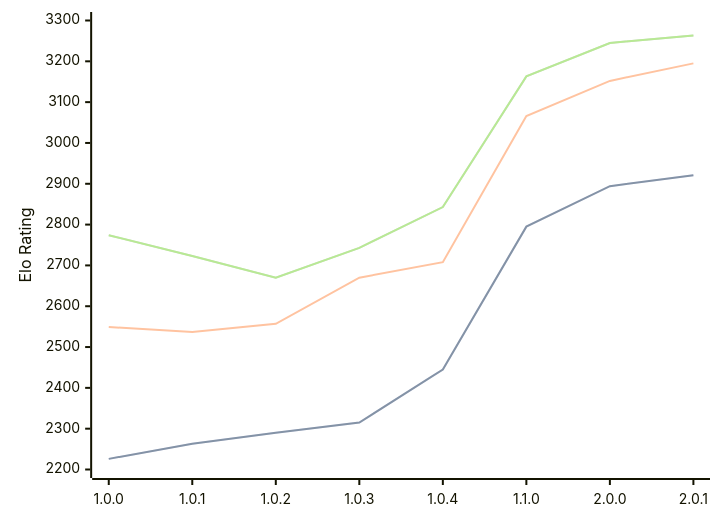
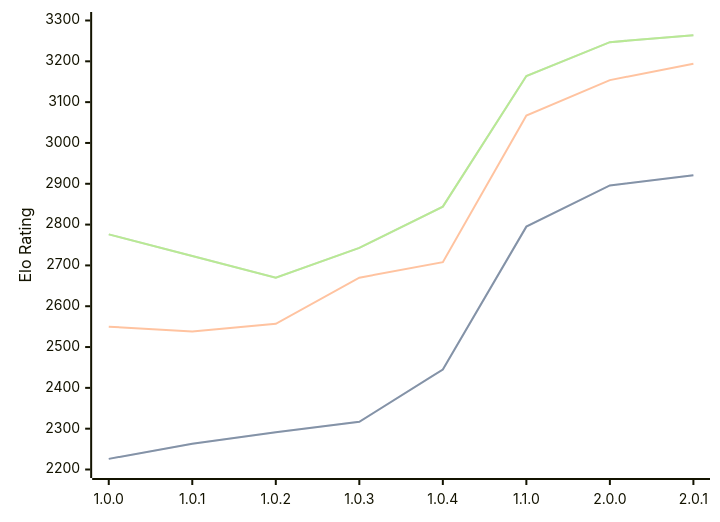
Before and after one commit to computer-chess-index/cci: the first of 3 diagrams in engines/Grail.md, drawn with Mermaid. The commit also changed other lines of this file, not shown here.

Commit message:
Update CCI Ratings (ELO VLTC) - 2026-06-23

````diff
--- a/engines/Grail.md
+++ b/engines/Grail.md
@@ -38,11 +38,11 @@
 ```mermaid
 %%{init: {"theme":"base","themeVariables":{"seriesColors:['#a3a3a3','#222221','#faa371']}}}%%
 xychart-beta
   x-axis ["1.0.0", "1.0.1", "1.0.2", "1.0.3", "1.0.4", "1.1.0", "2.0.0", "2.0.1"]
   y-axis "Elo Rating" 2200 --> 3300
-  line "STC (8.0+0.08s)" [2226, 2263, 2290, 2315, 2445, 2795, 2894, 2921]
-  line "STC (8.0+0.08s)" [2226, 2263, 2290, 2315, 2445, 2795, 2894, 2921]
-  line "LTC (60.0+0.60s)" [2549, 2537, 2557, 2670, 2708, 3066, 3152, 3195]
-  line "VLTC (2m24s+1.12s)" [2774, 2723, 2670, 2743, 2843, 3163, 3245, 3263]
-  line "VLTC (2m24s+1.12s)" [2774, 2723, 2670, 2743, 2843, 3163, 3245, 3263]
+  line "STC (8.0+0.08s)" [2226, 2263, 2291, 2317, 2445, 2795, 2896, 2921]
+  line "STC (8.0+0.08s)" [2226, 2263, 2291, 2317, 2445, 2795, 2896, 2921]
+  line "LTC (60.0+0.60s)" [2550, 2538, 2557, 2670, 2708, 3067, 3154, 3194]
+  line "VLTC (2m24s+1.12s)" [2776, 2723, 2670, 2743, 2844, 3164, 3247, 3264]
+  line "VLTC (2m24s+1.12s)" [2776, 2723, 2670, 2743, 2844, 3164, 3247, 3264]
 ```
````
